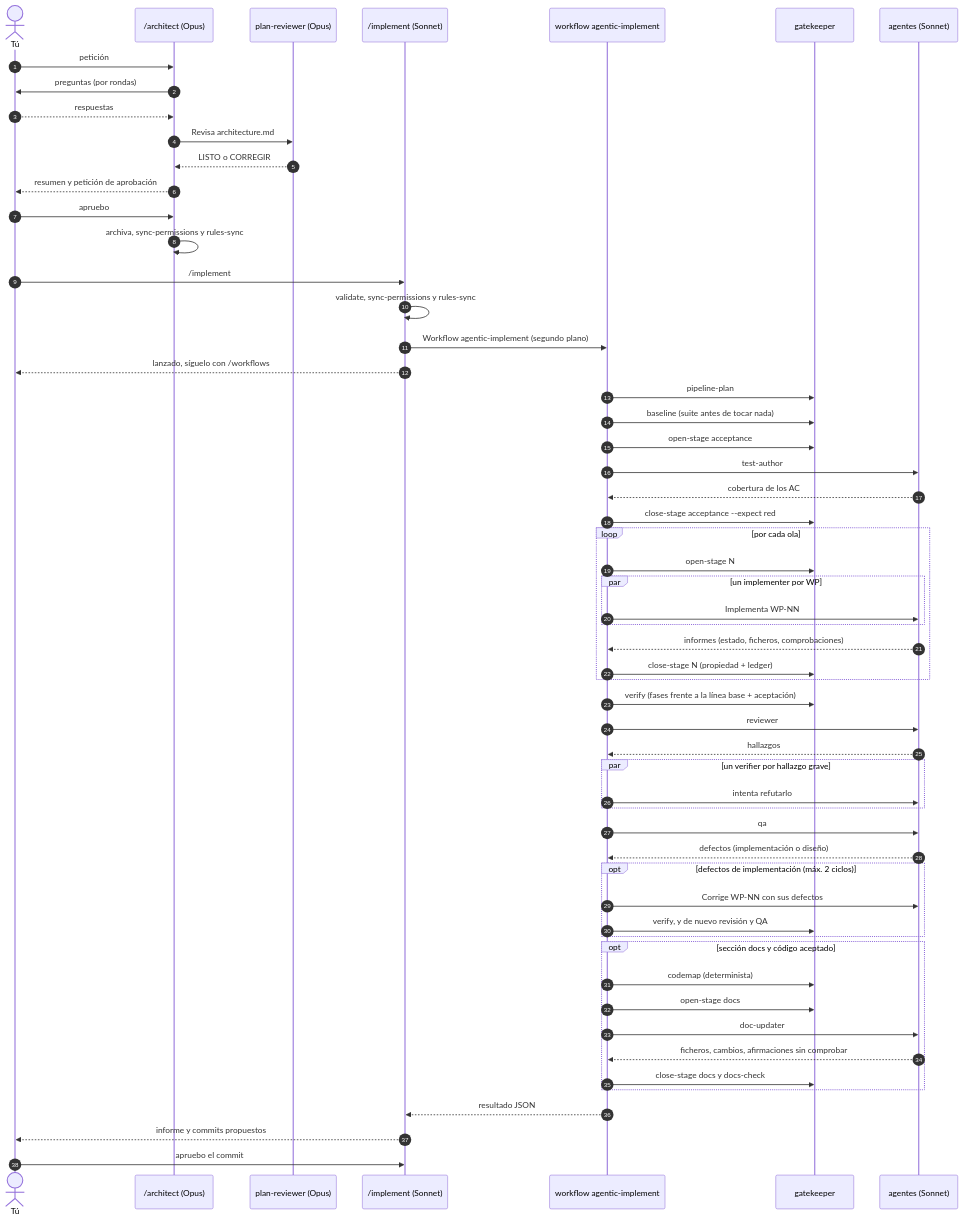
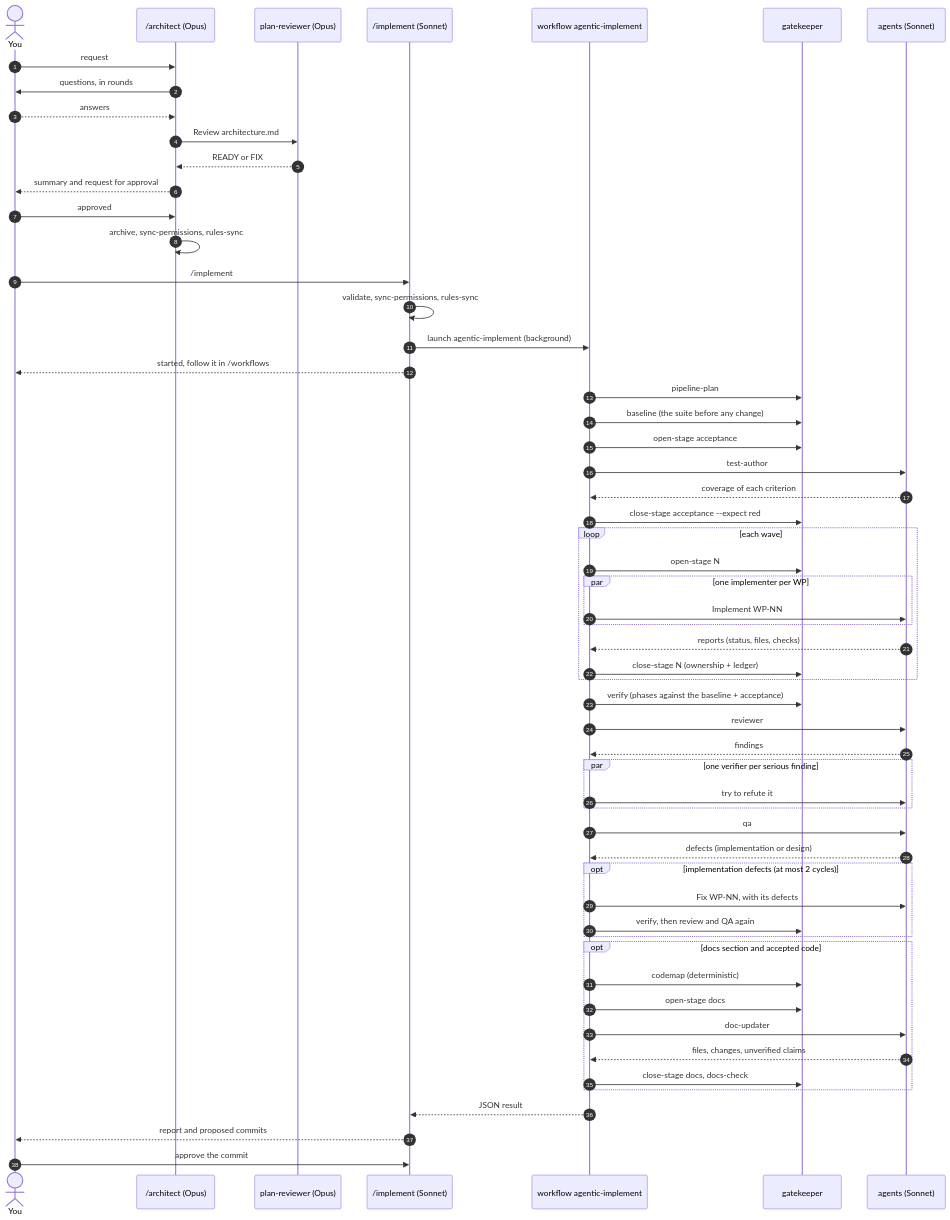
One commit to jagosar/agentic-flow changed the second of 5 diagrams in docs/how-it-works.md. Above: the diagram before and after it, drawn with Mermaid. The commit also changed other lines of this file and 16 other files, not shown here.

````diff
--- a/docs/how-it-works.md
+++ b/docs/how-it-works.md
@@ -80,61 +80,61 @@
 ```mermaid
 sequenceDiagram
     autonumber
-    actor U as Tú
+    actor U as You
     participant AR as /architect (Opus)
     participant PR as plan-reviewer (Opus)
     participant O as /implement (Sonnet)
     participant W as workflow agentic-implement
     participant G as gatekeeper
-    participant AG as agentes (Sonnet)
+    participant AG as agents (Sonnet)
 
-    U->>AR: petición
-    AR->>U: preguntas (por rondas)
-    U-->>AR: respuestas
-    AR->>PR: Revisa architecture.md
-    PR-->>AR: LISTO o CORREGIR
-    AR-->>U: resumen y petición de aprobación
-    U->>AR: apruebo
-    AR->>AR: archiva, sync-permissions y rules-sync
+    U->>AR: request
+    AR->>U: questions, in rounds
+    U-->>AR: answers
+    AR->>PR: Review architecture.md
+    PR-->>AR: READY or FIX
+    AR-->>U: summary and request for approval
+    U->>AR: approved
+    AR->>AR: archive, sync-permissions, rules-sync
 
     U->>O: /implement
-    O->>O: validate, sync-permissions y rules-sync
-    O->>W: Workflow agentic-implement (segundo plano)
-    O-->>U: lanzado, síguelo con /workflows
+    O->>O: validate, sync-permissions, rules-sync
+    O->>W: launch agentic-implement (background)
+    O-->>U: started, follow it in /workflows
     W->>G: pipeline-plan
-    W->>G: baseline (suite antes de tocar nada)
+    W->>G: baseline (the suite before any change)
     W->>G: open-stage acceptance
     W->>AG: test-author
-    AG-->>W: cobertura de los AC
+    AG-->>W: coverage of each criterion
     W->>G: close-stage acceptance --expect red
-    loop por cada ola
+    loop each wave
         W->>G: open-stage N
-        par un implementer por WP
-            W->>AG: Implementa WP-NN
+        par one implementer per WP
+            W->>AG: Implement WP-NN
         end
-        AG-->>W: informes (estado, ficheros, comprobaciones)
-        W->>G: close-stage N (propiedad + ledger)
+        AG-->>W: reports (status, files, checks)
+        W->>G: close-stage N (ownership + ledger)
     end
-    W->>G: verify (fases frente a la línea base + aceptación)
+    W->>G: verify (phases against the baseline + acceptance)
     W->>AG: reviewer
-    AG-->>W: hallazgos
-    par un verifier por hallazgo grave
-        W->>AG: intenta refutarlo
+    AG-->>W: findings
+    par one verifier per serious finding
+        W->>AG: try to refute it
     end
     W->>AG: qa
-    AG-->>W: defectos (implementación o diseño)
-    opt defectos de implementación (máx. 2 ciclos)
-        W->>AG: Corrige WP-NN con sus defectos
-        W->>G: verify, y de nuevo revisión y QA
+    AG-->>W: defects (implementation or design)
+    opt implementation defects (at most 2 cycles)
+        W->>AG: Fix WP-NN, with its defects
+        W->>G: verify, then review and QA again
     end
-    opt sección docs y código aceptado
-        W->>G: codemap (determinista)
+    opt docs section and accepted code
+        W->>G: codemap (deterministic)
         W->>G: open-stage docs
         W->>AG: doc-updater
-        AG-->>W: ficheros, cambios, afirmaciones sin comprobar
-        W->>G: close-stage docs y docs-check
+        AG-->>W: files, changes, unverified claims
+        W->>G: close-stage docs, docs-check
     end
-    W-->>O: resultado JSON
-    O-->>U: informe y commits propuestos
-    U->>O: apruebo el commit
+    W-->>O: JSON result
+    O-->>U: report and proposed commits
+    U->>O: approve the commit
 ```
````
